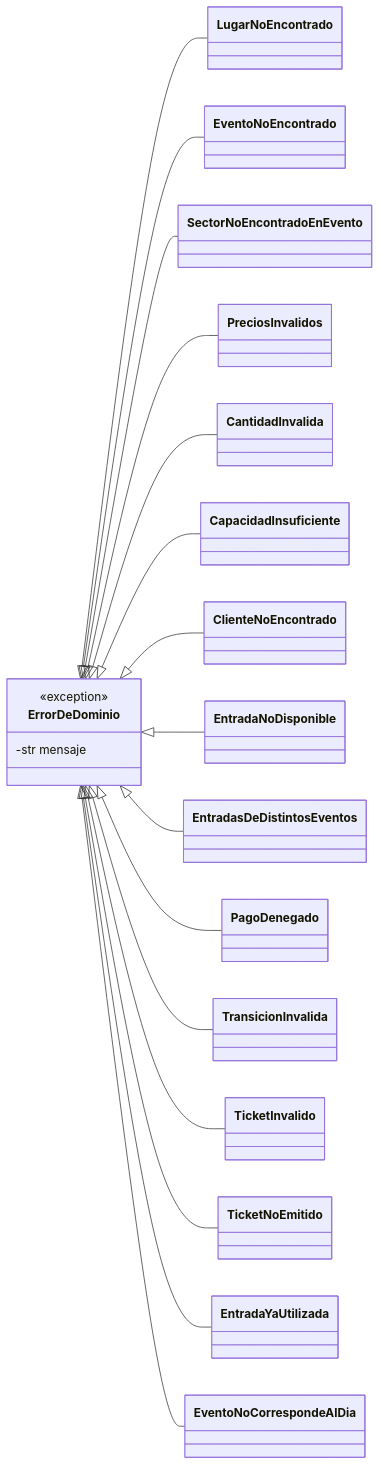
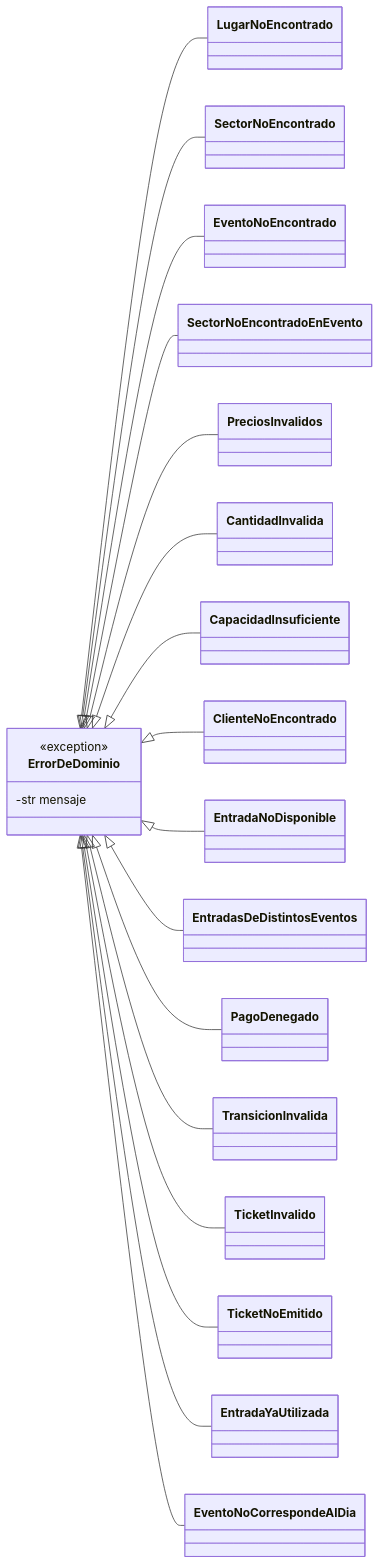
One commit to matiasadriangonzalez/POO changed the fourth of 4 diagrams in TP9/diagrama_clases.md. Above: the diagram before and after it, drawn with Mermaid. The commit also changed other lines of this file and 64 other files, not shown here.

Commit message:
feat(tp9): crud en servicios, webhook y diagramas sincronizados

````diff
--- a/TP9/diagrama_clases.md
+++ b/TP9/diagrama_clases.md
@@ -329,24 +418,25 @@
 ```mermaid
 classDiagram
     direction LR
 
     class ErrorDeDominio {
         <<exception>>
         -str mensaje
     }
     ErrorDeDominio <|-- LugarNoEncontrado
+    ErrorDeDominio <|-- SectorNoEncontrado
     ErrorDeDominio <|-- EventoNoEncontrado
     ErrorDeDominio <|-- SectorNoEncontradoEnEvento
     ErrorDeDominio <|-- PreciosInvalidos
     ErrorDeDominio <|-- CantidadInvalida
     ErrorDeDominio <|-- CapacidadInsuficiente
     ErrorDeDominio <|-- ClienteNoEncontrado
     ErrorDeDominio <|-- EntradaNoDisponible
     ErrorDeDominio <|-- EntradasDeDistintosEventos
     ErrorDeDominio <|-- PagoDenegado
     ErrorDeDominio <|-- TransicionInvalida
     ErrorDeDominio <|-- TicketInvalido
     ErrorDeDominio <|-- TicketNoEmitido
     ErrorDeDominio <|-- EntradaYaUtilizada
     ErrorDeDominio <|-- EventoNoCorrespondeAlDia
 ```
````
